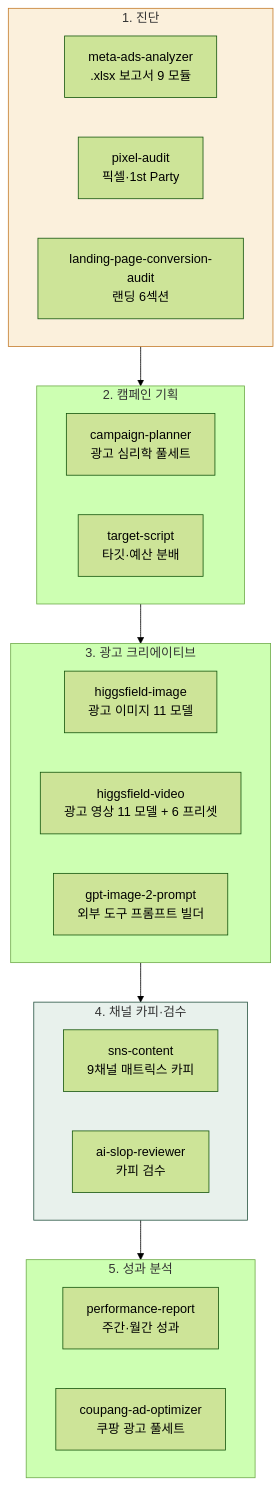
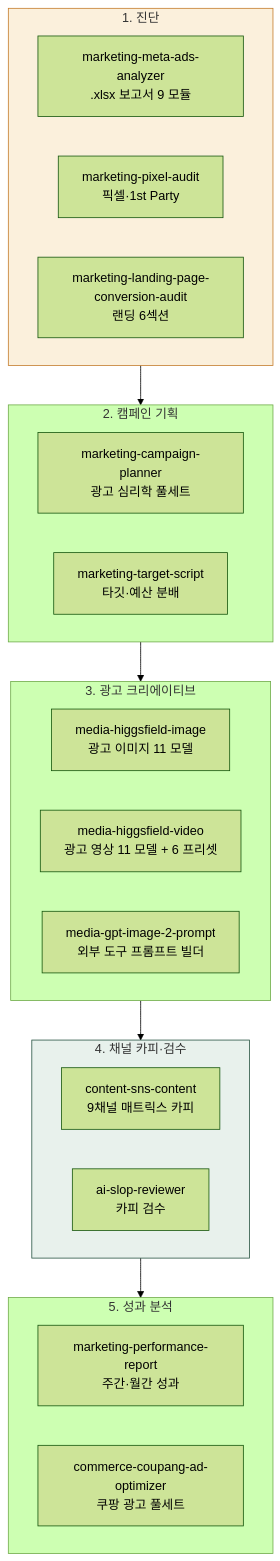
One commit to modu-ai/cowork-plugins changed the first of 3 diagrams in www/content/cookbook/tracks/track-advertising.md. Above: the diagram before and after it, drawn with Mermaid (forest theme). The commit also changed other lines of this file and 45 other files, not shown here.

First line of the commit message:
docs(www): 스킬명 정합 + 깨진 링크 수정 + mermaid 보강

````diff
--- a/www/content/cookbook/tracks/track-advertising.md
+++ b/www/content/cookbook/tracks/track-advertising.md
@@ -16,28 +16,28 @@
 ```mermaid
 flowchart TB
    subgraph 진단["1. 진단"]
-       D1["meta-ads-analyzer<br/>.xlsx 보고서 9 모듈"]
-       D2["pixel-audit<br/>픽셀·1st Party"]
-       D3["landing-page-conversion-audit<br/>랜딩 6섹션"]
+       D1["marketing-meta-ads-analyzer<br/>.xlsx 보고서 9 모듈"]
+       D2["marketing-pixel-audit<br/>픽셀·1st Party"]
+       D3["marketing-landing-page-conversion-audit<br/>랜딩 6섹션"]
    end
    subgraph 기획["2. 캠페인 기획"]
-       P1["campaign-planner<br/>광고 심리학 풀세트"]
-       P2["target-script<br/>타깃·예산 분배"]
+       P1["marketing-campaign-planner<br/>광고 심리학 풀세트"]
+       P2["marketing-target-script<br/>타깃·예산 분배"]
    end
    subgraph 콘텐츠["3. 광고 크리에이티브"]
-       C1["higgsfield-image<br/>광고 이미지 11 모델"]
-       C2["higgsfield-video<br/>광고 영상 11 모델 + 6 프리셋"]
-       C3["gpt-image-2-prompt<br/>외부 도구 프롬프트 빌더"]
+       C1["media-higgsfield-image<br/>광고 이미지 11 모델"]
+       C2["media-higgsfield-video<br/>광고 영상 11 모델 + 6 프리셋"]
+       C3["media-gpt-image-2-prompt<br/>외부 도구 프롬프트 빌더"]
    end
    subgraph 채널["4. 채널 카피·검수"]
-       Pkg["sns-content<br/>9채널 매트릭스 카피"]
+       Pkg["content-sns-content<br/>9채널 매트릭스 카피"]
        Disc["ai-slop-reviewer<br/>카피 검수"]
    end
    subgraph 분석["5. 성과 분석"]
-       R1["performance-report<br/>주간·월간 성과"]
-       R2["coupang-ad-optimizer<br/>쿠팡 광고 풀세트"]
+       R1["marketing-performance-report<br/>주간·월간 성과"]
+       R2["commerce-coupang-ad-optimizer<br/>쿠팡 광고 풀세트"]
    end
    진단 --> 기획 --> 콘텐츠 --> 채널 --> 분석
    style 진단 fill:#fbf0dc,stroke:#c47b2a
    style 채널 fill:#e8f1ec,stroke:#265240
 ```
````
